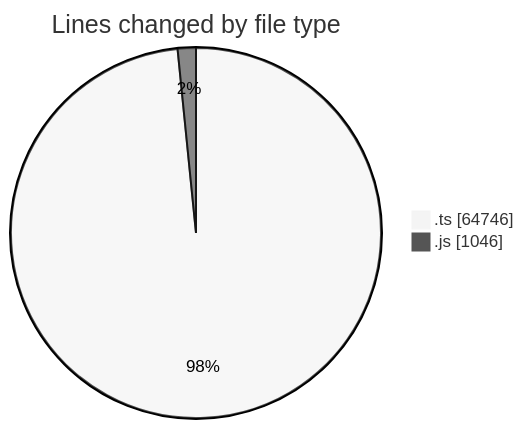
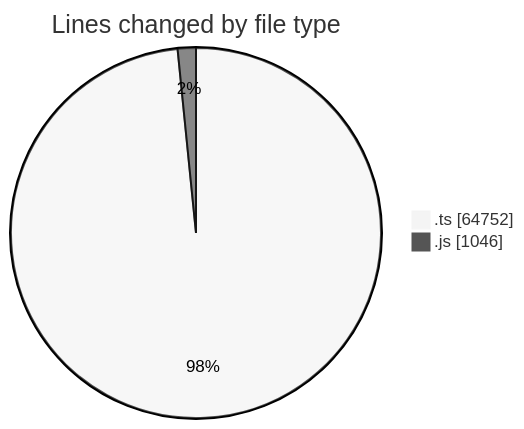
One commit to momahboobian/code-tracking changed the first of 2 diagrams in 2025-09-29/cda/README.md. Above: the diagram before and after it, drawn with Mermaid (neutral theme). The commit also changed other lines of this file and 1 other file, not shown here.

````diff
--- a/2025-09-29/cda/README.md
+++ b/2025-09-29/cda/README.md
@@ -28,6 +28,6 @@
 ```mermaid
 pie showData
 title Lines changed by file type
-".ts" : 64746
+".ts" : 64752
 ".js" : 1046
 ```
````
